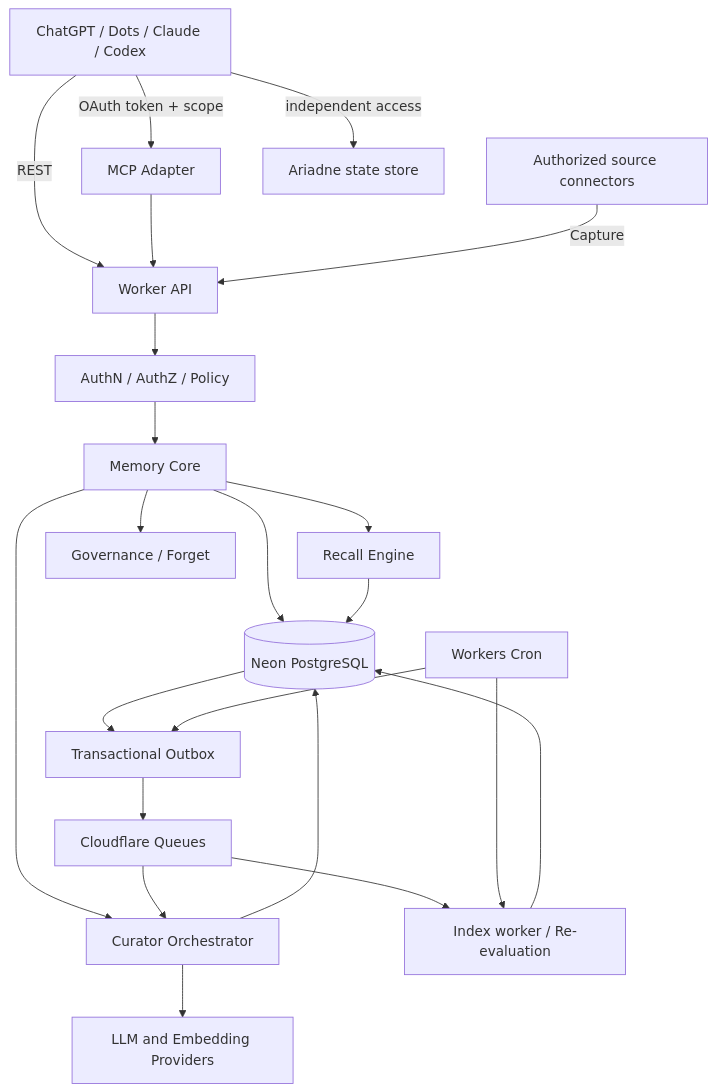
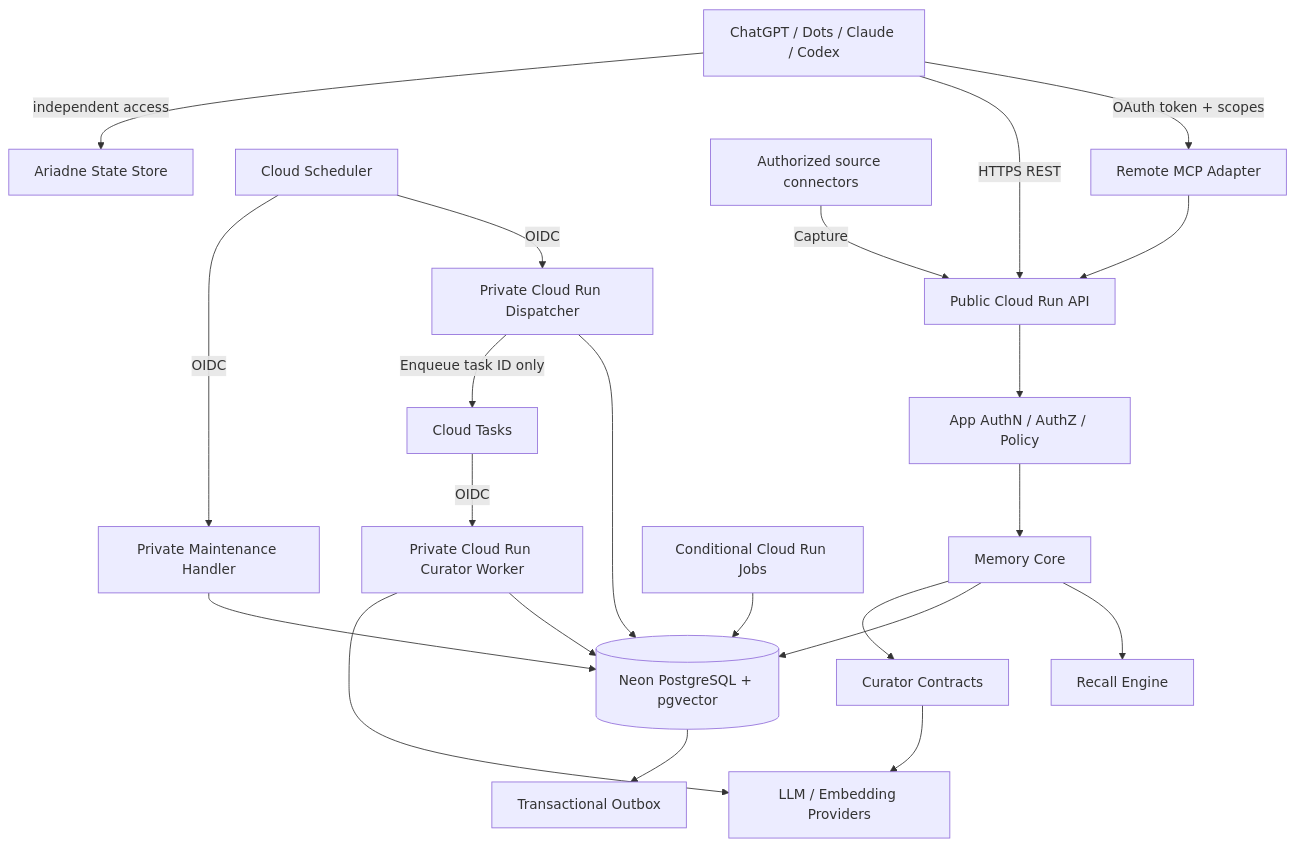
One commit to takezoh/syntoria-lore changed the first of 3 diagrams in ARCHITECTURE.md. Above: the diagram before and after it, drawn with Mermaid. The commit also changed other lines of this file and 4 other files, not shown here.

Commit message:
docs: adopt GCP Cloud Run, Cloud Tasks, Scheduler and Neon

````diff
--- a/ARCHITECTURE.md
+++ b/ARCHITECTURE.md
@@ -44,24 +64,24 @@
 ```mermaid
 flowchart TB
-    A[ChatGPT / Dots / Claude / Codex] -->|OAuth token + scope| M[MCP Adapter]
-    A -->|REST| API[Worker API]
-    M --> API
-    API --> AUTH[AuthN / AuthZ / Policy]
+    A[ChatGPT / Dots / Claude / Codex] -->|OAuth token + scopes| MCP[Remote MCP Adapter]
+    A -->|HTTPS REST| API[Public Cloud Run API]
+    MCP --> API
+    API --> AUTH[App AuthN / AuthZ / Policy]
     AUTH --> CORE[Memory Core]
     CORE --> REC[Recall Engine]
-    CORE --> CUR[Curator Orchestrator]
-    CORE --> GOV[Governance / Forget]
-    CORE --> PG[(Neon PostgreSQL)]
-    REC --> PG
-    CUR --> PG
-    CUR --> LLM[LLM and Embedding Providers]
+    CORE --> PG[(Neon PostgreSQL + pgvector)]
+    CORE --> CUR[Curator Contracts]
+    CUR --> LLM[LLM / Embedding Providers]
     PG --> OUT[Transactional Outbox]
-    OUT --> Q[Cloudflare Queues]
-    Q --> CUR
-    Q --> IDX[Index worker / Re-evaluation]
-    IDX --> PG
-    CRON[Workers Cron] --> OUT
-    CRON --> IDX
+    SCHED[Cloud Scheduler] -->|OIDC| DISP[Private Cloud Run Dispatcher]
+    DISP --> PG
+    DISP -->|Enqueue task ID only| TASKS[Cloud Tasks]
+    TASKS -->|OIDC| WORKER[Private Cloud Run Curator Worker]
+    WORKER --> PG
+    WORKER --> LLM
+    SCHED -->|OIDC| MAINT[Private Maintenance Handler]
+    MAINT --> PG
+    LONG[Conditional Cloud Run Jobs] --> PG
     EXT[Authorized source connectors] -->|Capture| API
-    A -->|independent access| AR[Ariadne state store]
+    A -->|independent access| AR[Ariadne State Store]
 ```
````
